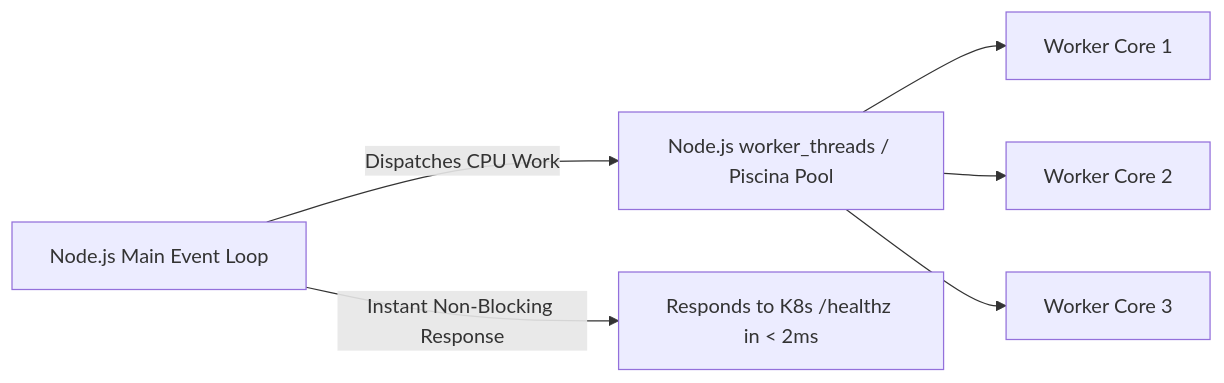
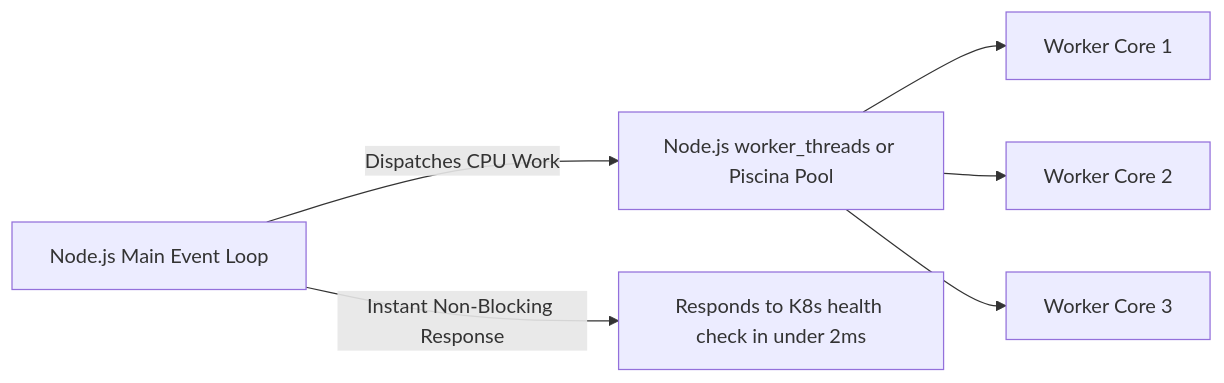
One commit to akmalkhaniub/akmalkhaniub.github.io changed the second of 2 diagrams in blog/posts/nodejs-event-loop-trap-react-server-components-cpu-starvation.md. Above: the diagram before and after it, drawn with Mermaid. The commit also changed other lines of this file and 600 other files, not shown here.

Commit message:
fix(blog): resolve Mermaid v10 syntax errors across Figure 1 and publication subgraphs

````diff
--- a/blog/posts/nodejs-event-loop-trap-react-server-components-cpu-starvation.md
+++ b/blog/posts/nodejs-event-loop-trap-react-server-components-cpu-starvation.md
@@ -95,9 +95,9 @@
 ```mermaid
 graph LR
-  MainThread[Node.js Main Event Loop] -->|Dispatches CPU Work| WorkerPool[Node.js worker_threads / Piscina Pool]
-  WorkerPool --> Thread1[Worker Core 1]
-  WorkerPool --> Thread2[Worker Core 2]
-  WorkerPool --> Thread3[Worker Core 3]
+  MainThread["Node.js Main Event Loop"] -->|Dispatches CPU Work| WorkerPool["Node.js worker_threads or Piscina Pool"]
+  WorkerPool --> Thread1["Worker Core 1"]
+  WorkerPool --> Thread2["Worker Core 2"]
+  WorkerPool --> Thread3["Worker Core 3"]
   
-  MainThread -->|Instant Non-Blocking Response| HealthCheck[Responds to K8s /healthz in < 2ms]
+  MainThread -->|Instant Non-Blocking Response| HealthCheck["Responds to K8s health check in under 2ms"]
 ```
````
